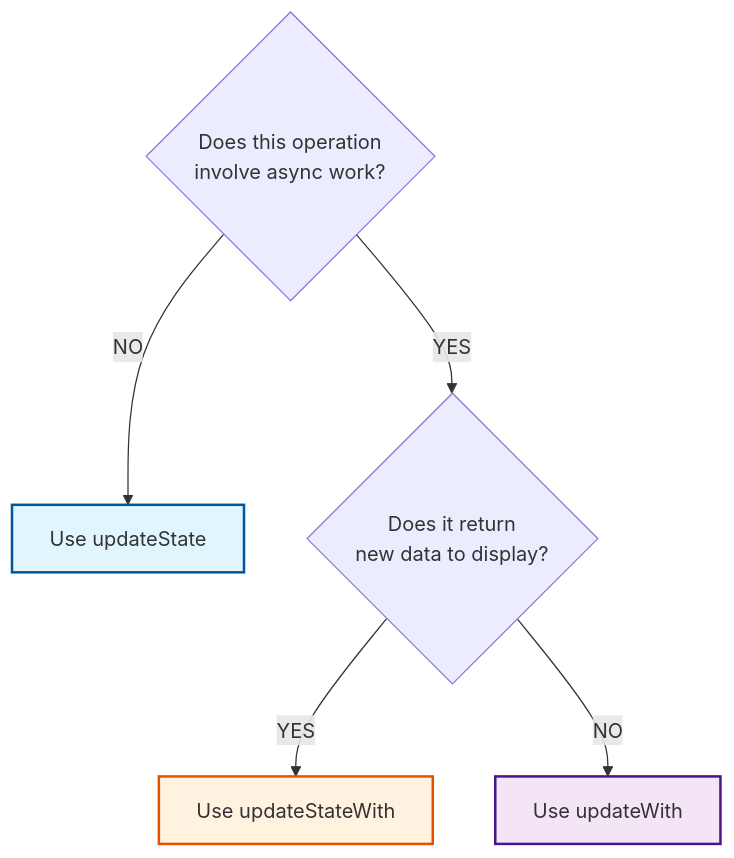
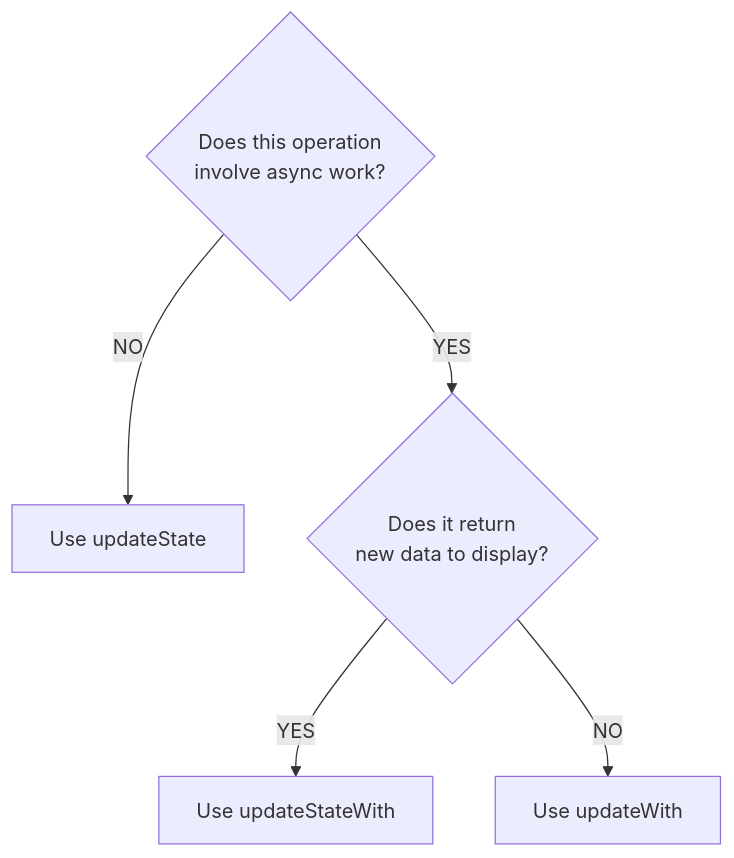
One commit to atick-faisal/Jetpack-Android-Starter changed the third of 3 diagrams in docs/faq.md. Above: the diagram before and after it, drawn with Mermaid. The commit also changed other lines of this file and 31 other files, not shown here.

````diff
--- a/docs/faq.md
+++ b/docs/faq.md
@@ -662,11 +656,8 @@
 ```mermaid
 graph TD
     Start{Does this operation<br/>involve async work?}
     Start -->|NO| UpdateState[Use updateState]
     Start -->|YES| ReturnData{Does it return<br/>new data to display?}
     ReturnData -->|YES| UpdateStateWith[Use updateStateWith]
     ReturnData -->|NO| UpdateWith[Use updateWith]
-    style UpdateState fill: #e1f5ff, stroke: #01579b, stroke-width: 2px
-    style UpdateStateWith fill: #fff3e0, stroke: #e65100, stroke-width: 2px
-    style UpdateWith fill: #f3e5f5, stroke: #4a148c, stroke-width: 2px
 ```
````
